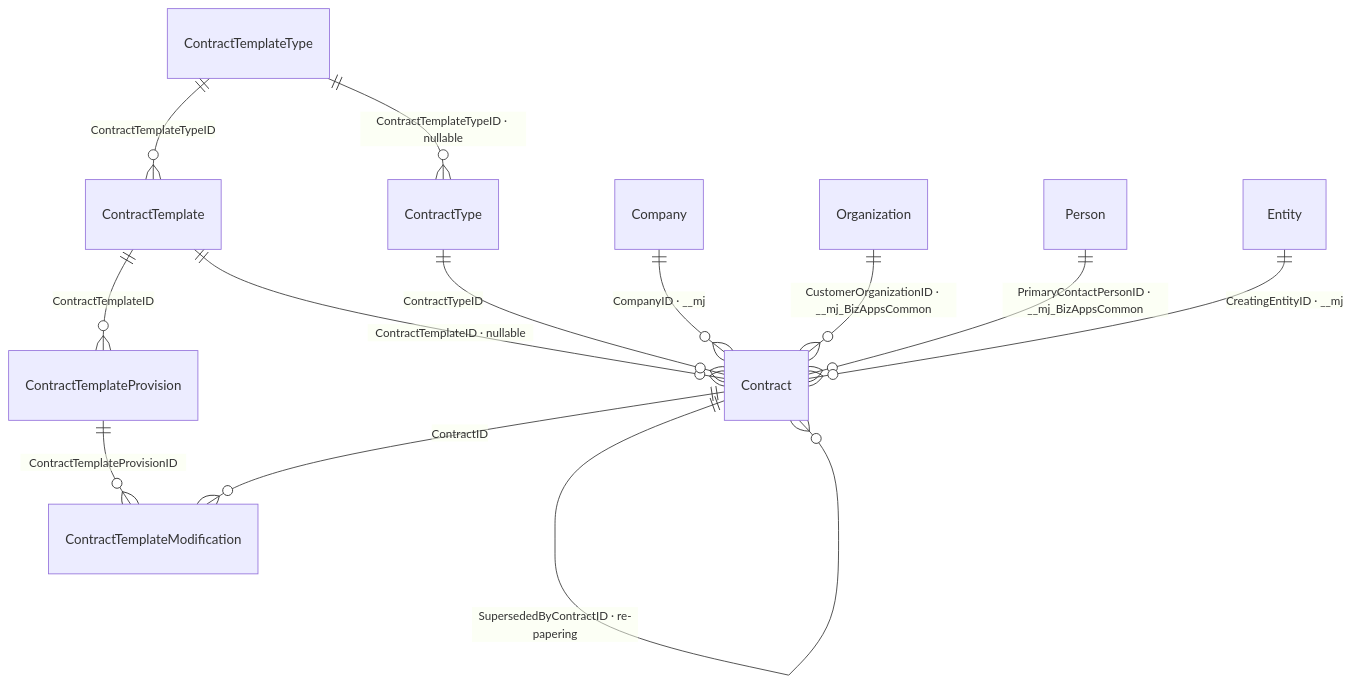
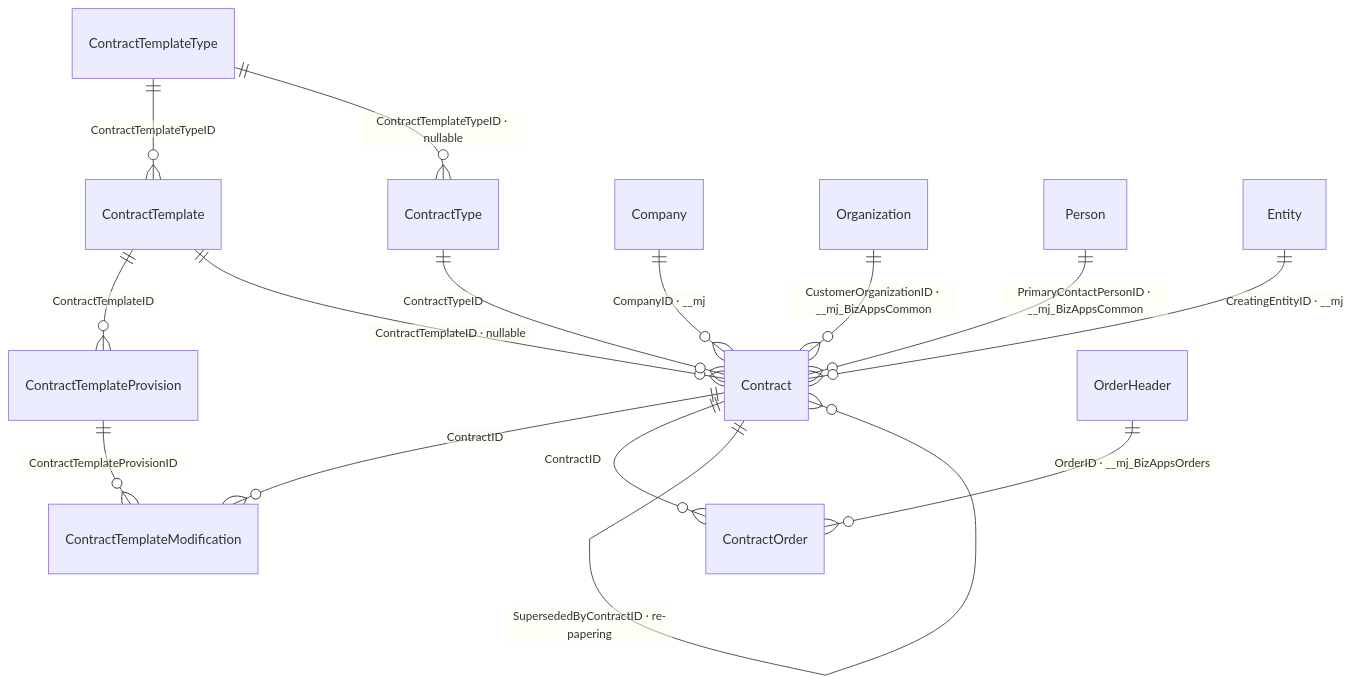
The second of 2 diagrams in docs/ERD.md (MemberJunction/bizapps-contracts), drawn with Mermaid before and after one commit. The commit also changed other lines of this file and 37 other files, not shown here.

First line of the commit message:
feat(contracts): copy a contract's renewal terms to its orders' subscriptions

````diff
--- a/docs/ERD.md
+++ b/docs/ERD.md
@@ -123,17 +130,19 @@
 ```mermaid
 erDiagram
     ContractTemplateType ||--o{ ContractTemplate : "ContractTemplateTypeID"
     ContractTemplateType ||--o{ ContractType : "ContractTemplateTypeID · nullable"
     ContractTemplate ||--o{ ContractTemplateProvision : "ContractTemplateID"
     ContractTemplate ||--o{ Contract : "ContractTemplateID · nullable"
     ContractType ||--o{ Contract : "ContractTypeID"
     Contract ||--o{ ContractTemplateModification : "ContractID"
+    Contract ||--o{ ContractOrder : "ContractID"
     ContractTemplateProvision ||--o{ ContractTemplateModification : "ContractTemplateProvisionID"
     Contract ||--o{ Contract : "ParentContractID · change orders"
     Contract ||--o{ Contract : "SupersededByContractID · re-papering"
 
     Company ||--o{ Contract : "CompanyID · __mj"
     Organization ||--o{ Contract : "CustomerOrganizationID · __mj_BizAppsCommon"
     Person ||--o{ Contract : "PrimaryContactPersonID · __mj_BizAppsCommon"
     Entity ||--o{ Contract : "CreatingEntityID · __mj"
+    OrderHeader ||--o{ ContractOrder : "OrderID · __mj_BizAppsOrders"
 ```
````
